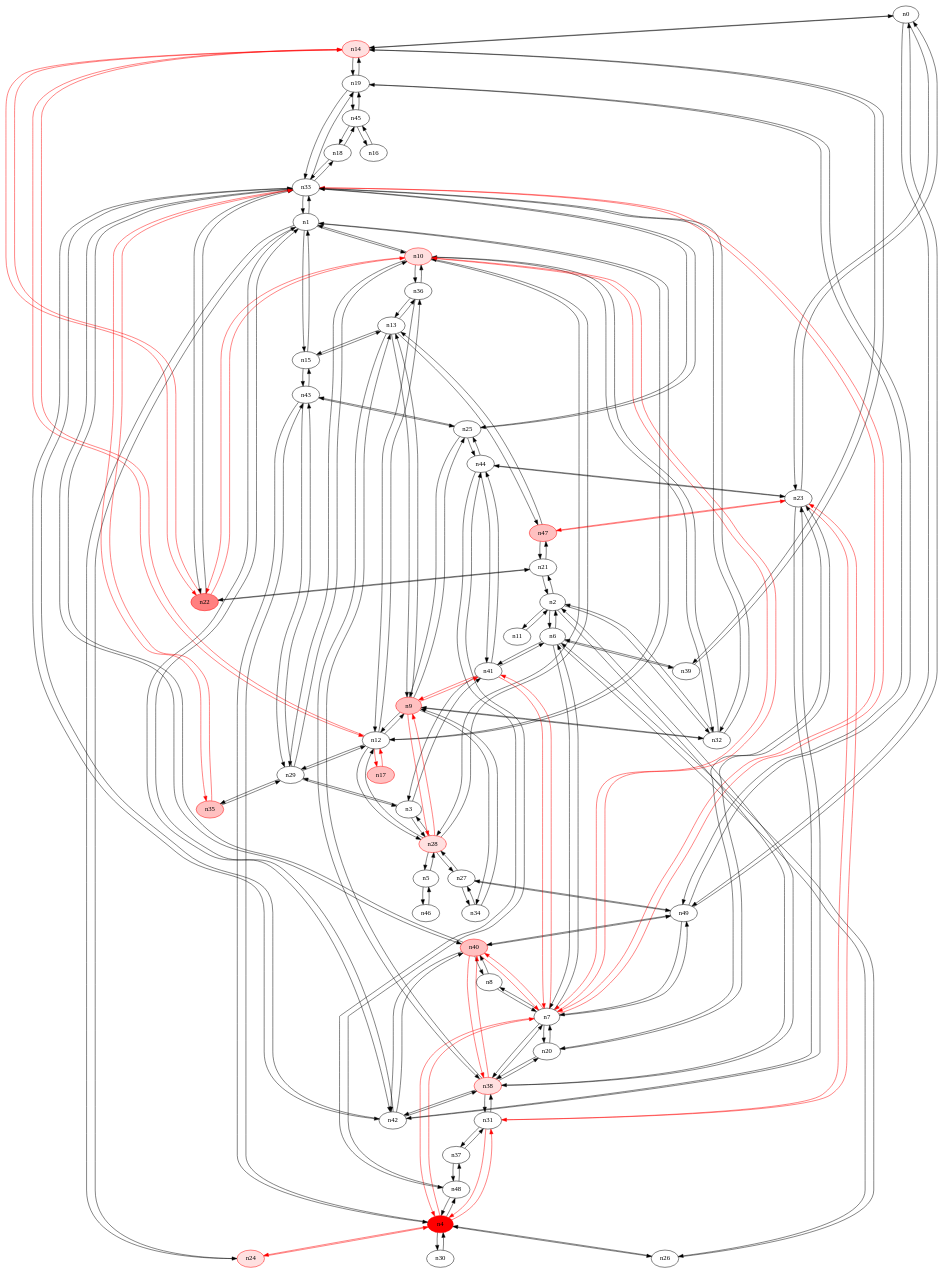
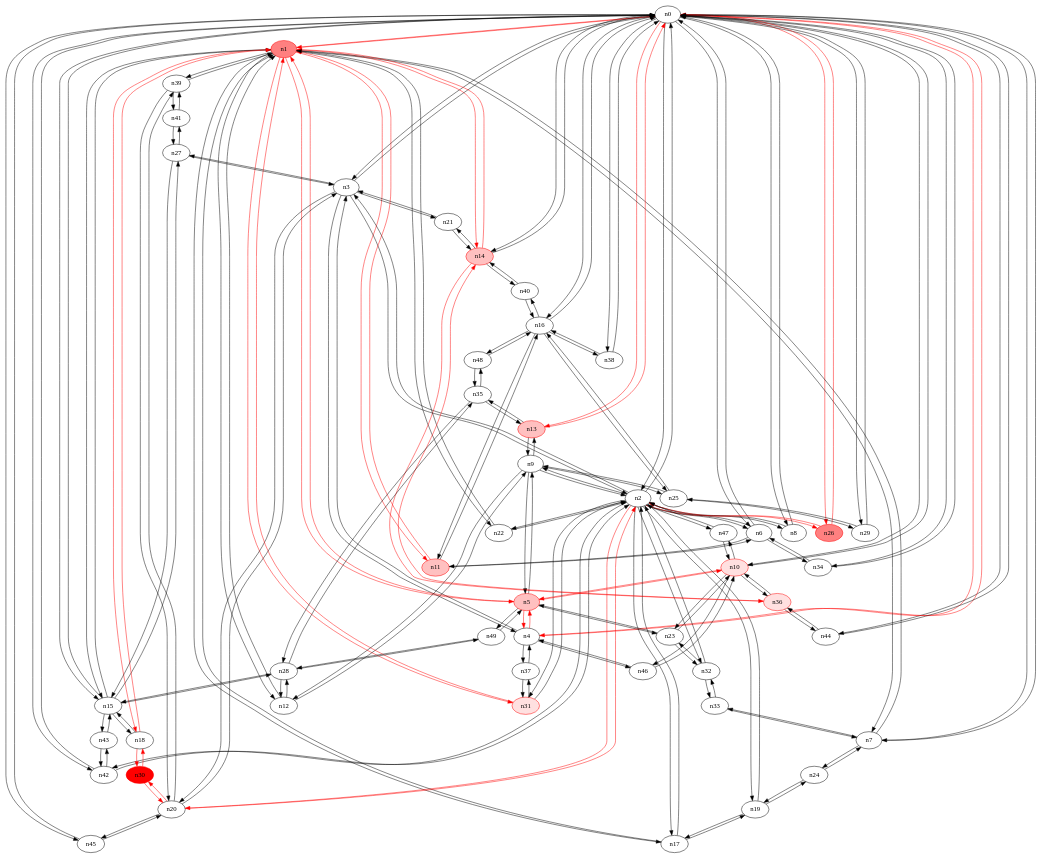
Before and after one commit to ireallyhopeirememberthis/yates_rrt: the diagram in 50_17/14-rrt1.dot, drawn with Graphviz. The commit also changed 7464 other files, not shown here.

```diff
--- a/50_17/14-rrt1.dot
+++ b/50_17/14-rrt1.dot
@@ -1,252 +1,244 @@
 strict digraph {
 n0 [type=switch];
-n14 [type=host, color="#FF0000", style=filled, fillcolor="#FFE0E0"];
+n1 [type=host, color="#FF0000", style=filled, fillcolor="#FF8080"];
+n2 [type=switch];
+n3 [type=switch];
+n4 [type=switch];
+n6 [type=switch];
+n7 [type=switch];
+n8 [type=switch];
+n10 [type=host, color="#FF0000", style=filled, fillcolor="#FFE0E0"];
+n13 [type=host, color="#FF0000", style=filled, fillcolor="#FFC0C0"];
+n14 [type=host, color="#FF0000", style=filled, fillcolor="#FFC0C0"];
+n15 [type=switch];
+n16 [type=switch];
+n26 [type=switch, color="#FF0000", style=filled, fillcolor="#FF8080"];
+n29 [type=switch];
+n34 [type=switch];
+n38 [type=switch];
+n42 [type=switch];
+n44 [type=switch];
+n45 [type=switch];
+n5 [type=host, color="#FF0000", style=filled, fillcolor="#FFC0C0"];
+n11 [type=host, color="#FF0000", style=filled, fillcolor="#FFC0C0"];
+n12 [type=switch];
+n17 [type=switch];
+n18 [type=switch];
+n22 [type=switch];
+n31 [type=host, color="#FF0000", style=filled, fillcolor="#FFE0E0"];
+n39 [type=switch];
+n9 [type=switch];
+n19 [type=switch];
+n20 [type=switch];
+n32 [type=switch];
+n47 [type=switch];
+n21 [type=switch];
+n27 [type=switch];
+n37 [type=switch];
+n46 [type=switch];
 n23 [type=switch];
 n49 [type=switch];
-n1 [type=switch];
-n10 [type=host, color="#FF0000", style=filled, fillcolor="#FFE0E0"];
-n12 [type=switch];
-n15 [type=switch];
-n24 [type=host, color="#FF0000", style=filled, fillcolor="#FFE0E0"];
+n24 [type=switch];
 n33 [type=switch];
-n42 [type=switch];
-n2 [type=switch];
-n6 [type=switch];
-n11 [type=switch];
-n21 [type=switch];
-n32 [type=switch];
-n38 [type=host, color="#FF0000", style=filled, fillcolor="#FFE0E0"];
-n3 [type=switch];
-n28 [type=host, color="#FF0000", style=filled, fillcolor="#FFE0E0"];
-n29 [type=switch];
-n41 [type=switch];
-n4 [type=switch, color="#FF0000", style=filled, fillcolor="#FF0000"];
-n7 [type=switch];
-n26 [type=switch];
-n30 [type=switch];
-n31 [type=switch];
+n25 [type=switch];
+n36 [type=host, color="#FF0000", style=filled, fillcolor="#FFE0E0"];
+n28 [type=switch];
+n35 [type=switch];
+n40 [type=switch];
 n43 [type=switch];
 n48 [type=switch];
-n5 [type=switch];
-n46 [type=switch];
-n39 [type=switch];
-n8 [type=switch];
-n20 [type=switch];
-n40 [type=switch, color="#FF0000", style=filled, fillcolor="#FFC0C0"];
-n9 [type=switch, color="#FF0000", style=filled, fillcolor="#FFC0C0"];
-n13 [type=switch];
-n25 [type=switch];
-n34 [type=switch];
-n22 [type=switch, color="#FF0000", style=filled, fillcolor="#FF8080"];
-n36 [type=switch];
-n17 [type=host, color="#FF0000", style=filled, fillcolor="#FFC0C0"];
-n47 [type=host, color="#FF0000", style=filled, fillcolor="#FFC0C0"];
-n19 [type=switch];
-n16 [type=switch];
-n45 [type=switch];
-n18 [type=switch];
-n44 [type=switch];
-n27 [type=switch];
-n35 [type=host, color="#FF0000", style=filled, fillcolor="#FFC0C0"];
-n37 [type=switch];
+n30 [type=switch, color="#FF0000", style=filled, fillcolor="#FF0000"];
+n41 [type=switch];
+n0 -> n1 [src_port=0, dst_port=0, color="#FF0000"];
+n0 -> n2 [src_port=0, dst_port=0];
+n0 -> n3 [src_port=0, dst_port=0];
+n0 -> n4 [src_port=0, dst_port=0, color="#FF0000"];
+n0 -> n6 [src_port=0, dst_port=0];
+n0 -> n7 [src_port=0, dst_port=0];
+n0 -> n8 [src_port=0, dst_port=0];
+n0 -> n10 [src_port=0, dst_port=0];
+n0 -> n13 [src_port=0, dst_port=0, color="#FF0000"];
 n0 -> n14 [src_port=0, dst_port=0];
-n0 -> n23 [src_port=0, dst_port=0];
-n0 -> n49 [src_port=0, dst_port=0];
+n0 -> n15 [src_port=0, dst_port=0];
+n0 -> n16 [src_port=0, dst_port=0];
+n0 -> n26 [src_port=0, dst_port=0, color="#FF0000"];
+n0 -> n29 [src_port=0, dst_port=0];
+n0 -> n34 [src_port=0, dst_port=0];
+n0 -> n38 [src_port=0, dst_port=0];
+n0 -> n42 [src_port=0, dst_port=0];
+n0 -> n44 [src_port=0, dst_port=0];
+n0 -> n45 [src_port=0, dst_port=0];
+n1 -> n0 [src_port=0, dst_port=0, color="#FF0000"];
+n1 -> n7 [src_port=0, dst_port=0];
+n1 -> n14 [src_port=0, dst_port=0, color="#FF0000"];
+n1 -> n15 [src_port=0, dst_port=0];
+n1 -> n5 [src_port=0, dst_port=0, color="#FF0000"];
+n1 -> n11 [src_port=0, dst_port=0, color="#FF0000"];
+n1 -> n12 [src_port=0, dst_port=0];
+n1 -> n17 [src_port=0, dst_port=0];
+n1 -> n18 [src_port=0, dst_port=0, color="#FF0000"];
+n1 -> n22 [src_port=0, dst_port=0];
+n1 -> n31 [src_port=0, dst_port=0, color="#FF0000"];
+n1 -> n39 [src_port=0, dst_port=0];
+n2 -> n0 [src_port=0, dst_port=0];
+n2 -> n3 [src_port=0, dst_port=0];
+n2 -> n6 [src_port=0, dst_port=0];
+n2 -> n8 [src_port=0, dst_port=0];
+n2 -> n26 [src_port=0, dst_port=0, color="#FF0000"];
+n2 -> n42 [src_port=0, dst_port=0];
+n2 -> n17 [src_port=0, dst_port=0];
+n2 -> n22 [src_port=0, dst_port=0];
+n2 -> n31 [src_port=0, dst_port=0];
+n2 -> n9 [src_port=0, dst_port=0];
+n2 -> n19 [src_port=0, dst_port=0];
+n2 -> n20 [src_port=0, dst_port=0, color="#FF0000"];
+n2 -> n32 [src_port=0, dst_port=0];
+n2 -> n47 [src_port=0, dst_port=0];
+n3 -> n0 [src_port=0, dst_port=0];
+n3 -> n2 [src_port=0, dst_port=0];
+n3 -> n4 [src_port=0, dst_port=0];
+n3 -> n20 [src_port=0, dst_port=0];
+n3 -> n21 [src_port=0, dst_port=0];
+n3 -> n27 [src_port=0, dst_port=0];
+n4 -> n0 [src_port=0, dst_port=0, color="#FF0000"];
+n4 -> n3 [src_port=0, dst_port=0];
+n4 -> n5 [src_port=0, dst_port=0, color="#FF0000"];
+n4 -> n37 [src_port=0, dst_port=0];
+n4 -> n46 [src_port=0, dst_port=0];
+n6 -> n0 [src_port=0, dst_port=0];
+n6 -> n2 [src_port=0, dst_port=0];
+n6 -> n34 [src_port=0, dst_port=0];
+n6 -> n11 [src_port=0, dst_port=0];
+n7 -> n0 [src_port=0, dst_port=0];
+n7 -> n1 [src_port=0, dst_port=0];
+n7 -> n24 [src_port=0, dst_port=0];
+n7 -> n33 [src_port=0, dst_port=0];
+n8 -> n0 [src_port=0, dst_port=0];
+n8 -> n2 [src_port=0, dst_port=0];
+n10 -> n0 [src_port=0, dst_port=0];
+n10 -> n5 [src_port=0, dst_port=0, color="#FF0000"];
+n10 -> n47 [src_port=0, dst_port=0];
+n10 -> n46 [src_port=0, dst_port=0];
+n10 -> n23 [src_port=0, dst_port=0];
+n10 -> n36 [src_port=0, dst_port=0];
+n13 -> n0 [src_port=0, dst_port=0, color="#FF0000"];
+n13 -> n9 [src_port=0, dst_port=0];
+n13 -> n35 [src_port=0, dst_port=0];
 n14 -> n0 [src_port=0, dst_port=0];
-n14 -> n12 [src_port=0, dst_port=0, color="#FF0000"];
-n14 -> n39 [src_port=0, dst_port=0];
-n14 -> n22 [src_port=0, dst_port=0, color="#FF0000"];
-n14 -> n19 [src_port=0, dst_port=0];
-n23 -> n0 [src_port=0, dst_port=0];
-n23 -> n42 [src_port=0, dst_port=0];
-n23 -> n31 [src_port=0, dst_port=0, color="#FF0000"];
-n23 -> n20 [src_port=0, dst_port=0];
-n23 -> n47 [src_port=0, dst_port=0, color="#FF0000"];
-n23 -> n44 [src_port=0, dst_port=0];
-n49 -> n0 [src_port=0, dst_port=0];
-n49 -> n7 [src_port=0, dst_port=0];
-n49 -> n40 [src_port=0, dst_port=0];
-n49 -> n19 [src_port=0, dst_port=0];
-n49 -> n27 [src_port=0, dst_port=0];
-n1 -> n10 [src_port=0, dst_port=0];
-n1 -> n12 [src_port=0, dst_port=0];
-n1 -> n15 [src_port=0, dst_port=0];
-n1 -> n24 [src_port=0, dst_port=0];
-n1 -> n33 [src_port=0, dst_port=0];
-n1 -> n42 [src_port=0, dst_port=0];
-n10 -> n1 [src_port=0, dst_port=0];
-n10 -> n32 [src_port=0, dst_port=0];
-n10 -> n28 [src_port=0, dst_port=0];
-n10 -> n29 [src_port=0, dst_port=0];
-n10 -> n7 [src_port=0, dst_port=0, color="#FF0000"];
-n10 -> n22 [src_port=0, dst_port=0, color="#FF0000"];
-n10 -> n36 [src_port=0, dst_port=0];
-n12 -> n14 [src_port=0, dst_port=0, color="#FF0000"];
+n14 -> n1 [src_port=0, dst_port=0, color="#FF0000"];
+n14 -> n21 [src_port=0, dst_port=0];
+n14 -> n36 [src_port=0, dst_port=0, color="#FF0000"];
+n14 -> n40 [src_port=0, dst_port=0];
+n15 -> n0 [src_port=0, dst_port=0];
+n15 -> n1 [src_port=0, dst_port=0];
+n15 -> n18 [src_port=0, dst_port=0];
+n15 -> n27 [src_port=0, dst_port=0];
+n15 -> n28 [src_port=0, dst_port=0];
+n15 -> n43 [src_port=0, dst_port=0];
+n16 -> n0 [src_port=0, dst_port=0];
+n16 -> n38 [src_port=0, dst_port=0];
+n16 -> n11 [src_port=0, dst_port=0];
+n16 -> n25 [src_port=0, dst_port=0];
+n16 -> n40 [src_port=0, dst_port=0];
+n16 -> n48 [src_port=0, dst_port=0];
+n26 -> n0 [src_port=0, dst_port=0, color="#FF0000"];
+n26 -> n2 [src_port=0, dst_port=0, color="#FF0000"];
+n29 -> n0 [src_port=0, dst_port=0];
+n29 -> n25 [src_port=0, dst_port=0];
+n34 -> n0 [src_port=0, dst_port=0];
+n34 -> n6 [src_port=0, dst_port=0];
+n38 -> n0 [src_port=0, dst_port=0];
+n38 -> n16 [src_port=0, dst_port=0];
+n42 -> n0 [src_port=0, dst_port=0];
+n42 -> n2 [src_port=0, dst_port=0];
+n42 -> n43 [src_port=0, dst_port=0];
+n44 -> n0 [src_port=0, dst_port=0];
+n44 -> n36 [src_port=0, dst_port=0];
+n45 -> n0 [src_port=0, dst_port=0];
+n45 -> n20 [src_port=0, dst_port=0];
+n5 -> n1 [src_port=0, dst_port=0, color="#FF0000"];
+n5 -> n4 [src_port=0, dst_port=0, color="#FF0000"];
+n5 -> n10 [src_port=0, dst_port=0, color="#FF0000"];
+n5 -> n9 [src_port=0, dst_port=0];
+n5 -> n23 [src_port=0, dst_port=0];
+n5 -> n49 [src_port=0, dst_port=0];
+n11 -> n1 [src_port=0, dst_port=0, color="#FF0000"];
+n11 -> n6 [src_port=0, dst_port=0];
+n11 -> n16 [src_port=0, dst_port=0];
 n12 -> n1 [src_port=0, dst_port=0];
+n12 -> n9 [src_port=0, dst_port=0];
 n12 -> n28 [src_port=0, dst_port=0];
-n12 -> n29 [src_port=0, dst_port=0];
-n12 -> n9 [src_port=0, dst_port=0];
-n12 -> n36 [src_port=0, dst_port=0];
-n12 -> n17 [src_port=0, dst_port=0, color="#FF0000"];
-n15 -> n1 [src_port=0, dst_port=0];
-n15 -> n43 [src_port=0, dst_port=0];
-n15 -> n13 [src_port=0, dst_port=0];
-n24 -> n1 [src_port=0, dst_port=0];
-n24 -> n4 [src_port=0, dst_port=0, color="#FF0000"];
-n33 -> n1 [src_port=0, dst_port=0];
-n33 -> n42 [src_port=0, dst_port=0];
+n17 -> n1 [src_port=0, dst_port=0];
+n17 -> n2 [src_port=0, dst_port=0];
+n17 -> n19 [src_port=0, dst_port=0];
+n18 -> n1 [src_port=0, dst_port=0, color="#FF0000"];
+n18 -> n15 [src_port=0, dst_port=0];
+n18 -> n30 [src_port=0, dst_port=0, color="#FF0000"];
+n22 -> n1 [src_port=0, dst_port=0];
+n22 -> n2 [src_port=0, dst_port=0];
+n31 -> n1 [src_port=0, dst_port=0, color="#FF0000"];
+n31 -> n2 [src_port=0, dst_port=0];
+n31 -> n37 [src_port=0, dst_port=0];
+n39 -> n1 [src_port=0, dst_port=0];
+n39 -> n20 [src_port=0, dst_port=0];
+n39 -> n41 [src_port=0, dst_port=0];
+n9 -> n2 [src_port=0, dst_port=0];
+n9 -> n13 [src_port=0, dst_port=0];
+n9 -> n5 [src_port=0, dst_port=0];
+n9 -> n12 [src_port=0, dst_port=0];
+n9 -> n25 [src_port=0, dst_port=0];
+n19 -> n2 [src_port=0, dst_port=0];
+n19 -> n17 [src_port=0, dst_port=0];
+n19 -> n24 [src_port=0, dst_port=0];
+n20 -> n2 [src_port=0, dst_port=0, color="#FF0000"];
+n20 -> n3 [src_port=0, dst_port=0];
+n20 -> n45 [src_port=0, dst_port=0];
+n20 -> n39 [src_port=0, dst_port=0];
+n20 -> n30 [src_port=0, dst_port=0, color="#FF0000"];
+n32 -> n2 [src_port=0, dst_port=0];
+n32 -> n23 [src_port=0, dst_port=0];
+n32 -> n33 [src_port=0, dst_port=0];
+n47 -> n2 [src_port=0, dst_port=0];
+n47 -> n10 [src_port=0, dst_port=0];
+n21 -> n3 [src_port=0, dst_port=0];
+n21 -> n14 [src_port=0, dst_port=0];
+n27 -> n3 [src_port=0, dst_port=0];
+n27 -> n15 [src_port=0, dst_port=0];
+n27 -> n41 [src_port=0, dst_port=0];
+n37 -> n4 [src_port=0, dst_port=0];
+n37 -> n31 [src_port=0, dst_port=0];
+n46 -> n4 [src_port=0, dst_port=0];
+n46 -> n10 [src_port=0, dst_port=0];
+n23 -> n10 [src_port=0, dst_port=0];
+n23 -> n5 [src_port=0, dst_port=0];
+n23 -> n32 [src_port=0, dst_port=0];
+n49 -> n5 [src_port=0, dst_port=0];
+n49 -> n28 [src_port=0, dst_port=0];
+n24 -> n7 [src_port=0, dst_port=0];
+n24 -> n19 [src_port=0, dst_port=0];
+n33 -> n7 [src_port=0, dst_port=0];
 n33 -> n32 [src_port=0, dst_port=0];
-n33 -> n7 [src_port=0, dst_port=0, color="#FF0000"];
-n33 -> n40 [src_port=0, dst_port=0];
-n33 -> n25 [src_port=0, dst_port=0];
-n33 -> n22 [src_port=0, dst_port=0];
-n33 -> n19 [src_port=0, dst_port=0];
-n33 -> n18 [src_port=0, dst_port=0];
-n33 -> n35 [src_port=0, dst_port=0, color="#FF0000"];
-n42 -> n23 [src_port=0, dst_port=0];
-n42 -> n1 [src_port=0, dst_port=0];
-n42 -> n33 [src_port=0, dst_port=0];
-n42 -> n38 [src_port=0, dst_port=0];
-n42 -> n40 [src_port=0, dst_port=0];
-n2 -> n6 [src_port=0, dst_port=0];
-n2 -> n11 [src_port=0, dst_port=0];
-n2 -> n21 [src_port=0, dst_port=0];
-n2 -> n32 [src_port=0, dst_port=0];
-n2 -> n38 [src_port=0, dst_port=0];
-n6 -> n2 [src_port=0, dst_port=0];
-n6 -> n41 [src_port=0, dst_port=0];
-n6 -> n7 [src_port=0, dst_port=0];
-n6 -> n26 [src_port=0, dst_port=0];
-n6 -> n39 [src_port=0, dst_port=0];
-n11 -> n2 [src_port=0, dst_port=0];
-n21 -> n2 [src_port=0, dst_port=0];
-n21 -> n22 [src_port=0, dst_port=0];
-n21 -> n47 [src_port=0, dst_port=0];
-n32 -> n10 [src_port=0, dst_port=0];
-n32 -> n33 [src_port=0, dst_port=0];
-n32 -> n2 [src_port=0, dst_port=0];
-n32 -> n9 [src_port=0, dst_port=0];
-n38 -> n42 [src_port=0, dst_port=0];
-n38 -> n2 [src_port=0, dst_port=0];
-n38 -> n7 [src_port=0, dst_port=0];
-n38 -> n31 [src_port=0, dst_port=0];
-n38 -> n20 [src_port=0, dst_port=0];
-n38 -> n40 [src_port=0, dst_port=0, color="#FF0000"];
-n38 -> n13 [src_port=0, dst_port=0];
-n3 -> n28 [src_port=0, dst_port=0];
-n3 -> n29 [src_port=0, dst_port=0];
-n3 -> n41 [src_port=0, dst_port=0];
-n28 -> n10 [src_port=0, dst_port=0];
+n25 -> n16 [src_port=0, dst_port=0];
+n25 -> n29 [src_port=0, dst_port=0];
+n25 -> n9 [src_port=0, dst_port=0];
+n36 -> n10 [src_port=0, dst_port=0];
+n36 -> n14 [src_port=0, dst_port=0, color="#FF0000"];
+n36 -> n44 [src_port=0, dst_port=0];
+n28 -> n15 [src_port=0, dst_port=0];
 n28 -> n12 [src_port=0, dst_port=0];
-n28 -> n3 [src_port=0, dst_port=0];
-n28 -> n5 [src_port=0, dst_port=0];
-n28 -> n9 [src_port=0, dst_port=0, color="#FF0000"];
-n28 -> n27 [src_port=0, dst_port=0];
-n29 -> n10 [src_port=0, dst_port=0];
-n29 -> n12 [src_port=0, dst_port=0];
-n29 -> n3 [src_port=0, dst_port=0];
-n29 -> n43 [src_port=0, dst_port=0];
-n29 -> n35 [src_port=0, dst_port=0];
-n41 -> n6 [src_port=0, dst_port=0];
-n41 -> n3 [src_port=0, dst_port=0];
-n41 -> n7 [src_port=0, dst_port=0, color="#FF0000"];
-n41 -> n9 [src_port=0, dst_port=0, color="#FF0000"];
-n41 -> n44 [src_port=0, dst_port=0];
-n4 -> n24 [src_port=0, dst_port=0, color="#FF0000"];
-n4 -> n7 [src_port=0, dst_port=0, color="#FF0000"];
-n4 -> n26 [src_port=0, dst_port=0];
-n4 -> n30 [src_port=0, dst_port=0];
-n4 -> n31 [src_port=0, dst_port=0, color="#FF0000"];
-n4 -> n43 [src_port=0, dst_port=0];
-n4 -> n48 [src_port=0, dst_port=0];
-n7 -> n49 [src_port=0, dst_port=0];
-n7 -> n10 [src_port=0, dst_port=0, color="#FF0000"];
-n7 -> n33 [src_port=0, dst_port=0, color="#FF0000"];
-n7 -> n6 [src_port=0, dst_port=0];
-n7 -> n38 [src_port=0, dst_port=0];
-n7 -> n41 [src_port=0, dst_port=0, color="#FF0000"];
-n7 -> n4 [src_port=0, dst_port=0, color="#FF0000"];
-n7 -> n8 [src_port=0, dst_port=0];
-n7 -> n20 [src_port=0, dst_port=0];
-n7 -> n40 [src_port=0, dst_port=0, color="#FF0000"];
-n26 -> n6 [src_port=0, dst_port=0];
-n26 -> n4 [src_port=0, dst_port=0];
-n30 -> n4 [src_port=0, dst_port=0];
-n31 -> n23 [src_port=0, dst_port=0, color="#FF0000"];
-n31 -> n38 [src_port=0, dst_port=0];
-n31 -> n4 [src_port=0, dst_port=0, color="#FF0000"];
-n31 -> n37 [src_port=0, dst_port=0];
+n28 -> n49 [src_port=0, dst_port=0];
+n28 -> n35 [src_port=0, dst_port=0];
+n35 -> n13 [src_port=0, dst_port=0];
+n35 -> n28 [src_port=0, dst_port=0];
+n35 -> n48 [src_port=0, dst_port=0];
+n40 -> n14 [src_port=0, dst_port=0];
+n40 -> n16 [src_port=0, dst_port=0];
 n43 -> n15 [src_port=0, dst_port=0];
-n43 -> n29 [src_port=0, dst_port=0];
-n43 -> n4 [src_port=0, dst_port=0];
-n43 -> n25 [src_port=0, dst_port=0];
-n48 -> n4 [src_port=0, dst_port=0];
-n48 -> n44 [src_port=0, dst_port=0];
-n48 -> n37 [src_port=0, dst_port=0];
-n5 -> n28 [src_port=0, dst_port=0];
-n5 -> n46 [src_port=0, dst_port=0];
-n46 -> n5 [src_port=0, dst_port=0];
-n39 -> n14 [src_port=0, dst_port=0];
-n39 -> n6 [src_port=0, dst_port=0];
-n8 -> n7 [src_port=0, dst_port=0];
-n8 -> n40 [src_port=0, dst_port=0];
-n20 -> n23 [src_port=0, dst_port=0];
-n20 -> n38 [src_port=0, dst_port=0];
-n20 -> n7 [src_port=0, dst_port=0];
-n40 -> n49 [src_port=0, dst_port=0];
-n40 -> n33 [src_port=0, dst_port=0];
-n40 -> n42 [src_port=0, dst_port=0];
-n40 -> n38 [src_port=0, dst_port=0, color="#FF0000"];
-n40 -> n7 [src_port=0, dst_port=0, color="#FF0000"];
-n40 -> n8 [src_port=0, dst_port=0];
-n9 -> n12 [src_port=0, dst_port=0];
-n9 -> n32 [src_port=0, dst_port=0];
-n9 -> n28 [src_port=0, dst_port=0, color="#FF0000"];
-n9 -> n41 [src_port=0, dst_port=0, color="#FF0000"];
-n9 -> n13 [src_port=0, dst_port=0];
-n9 -> n25 [src_port=0, dst_port=0];
-n9 -> n34 [src_port=0, dst_port=0];
-n13 -> n15 [src_port=0, dst_port=0];
-n13 -> n38 [src_port=0, dst_port=0];
-n13 -> n9 [src_port=0, dst_port=0];
-n13 -> n36 [src_port=0, dst_port=0];
-n13 -> n47 [src_port=0, dst_port=0];
-n25 -> n33 [src_port=0, dst_port=0];
-n25 -> n43 [src_port=0, dst_port=0];
-n25 -> n9 [src_port=0, dst_port=0];
-n25 -> n44 [src_port=0, dst_port=0];
-n34 -> n9 [src_port=0, dst_port=0];
-n34 -> n27 [src_port=0, dst_port=0];
-n22 -> n14 [src_port=0, dst_port=0, color="#FF0000"];
-n22 -> n10 [src_port=0, dst_port=0, color="#FF0000"];
-n22 -> n33 [src_port=0, dst_port=0];
-n22 -> n21 [src_port=0, dst_port=0];
-n36 -> n10 [src_port=0, dst_port=0];
-n36 -> n12 [src_port=0, dst_port=0];
-n36 -> n13 [src_port=0, dst_port=0];
-n17 -> n12 [src_port=0, dst_port=0, color="#FF0000"];
-n47 -> n23 [src_port=0, dst_port=0, color="#FF0000"];
-n47 -> n21 [src_port=0, dst_port=0];
-n47 -> n13 [src_port=0, dst_port=0];
-n19 -> n14 [src_port=0, dst_port=0];
-n19 -> n49 [src_port=0, dst_port=0];
-n19 -> n33 [src_port=0, dst_port=0];
-n19 -> n45 [src_port=0, dst_port=0];
-n16 -> n45 [src_port=0, dst_port=0];
-n45 -> n19 [src_port=0, dst_port=0];
-n45 -> n16 [src_port=0, dst_port=0];
-n45 -> n18 [src_port=0, dst_port=0];
-n18 -> n33 [src_port=0, dst_port=0];
-n18 -> n45 [src_port=0, dst_port=0];
-n44 -> n23 [src_port=0, dst_port=0];
-n44 -> n41 [src_port=0, dst_port=0];
-n44 -> n48 [src_port=0, dst_port=0];
-n44 -> n25 [src_port=0, dst_port=0];
-n27 -> n49 [src_port=0, dst_port=0];
-n27 -> n28 [src_port=0, dst_port=0];
-n27 -> n34 [src_port=0, dst_port=0];
-n35 -> n33 [src_port=0, dst_port=0, color="#FF0000"];
-n35 -> n29 [src_port=0, dst_port=0];
-n37 -> n31 [src_port=0, dst_port=0];
-n37 -> n48 [src_port=0, dst_port=0];
+n43 -> n42 [src_port=0, dst_port=0];
+n48 -> n16 [src_port=0, dst_port=0];
+n48 -> n35 [src_port=0, dst_port=0];
+n30 -> n18 [src_port=0, dst_port=0, color="#FF0000"];
+n30 -> n20 [src_port=0, dst_port=0, color="#FF0000"];
+n41 -> n39 [src_port=0, dst_port=0];
+n41 -> n27 [src_port=0, dst_port=0];
 }
```
